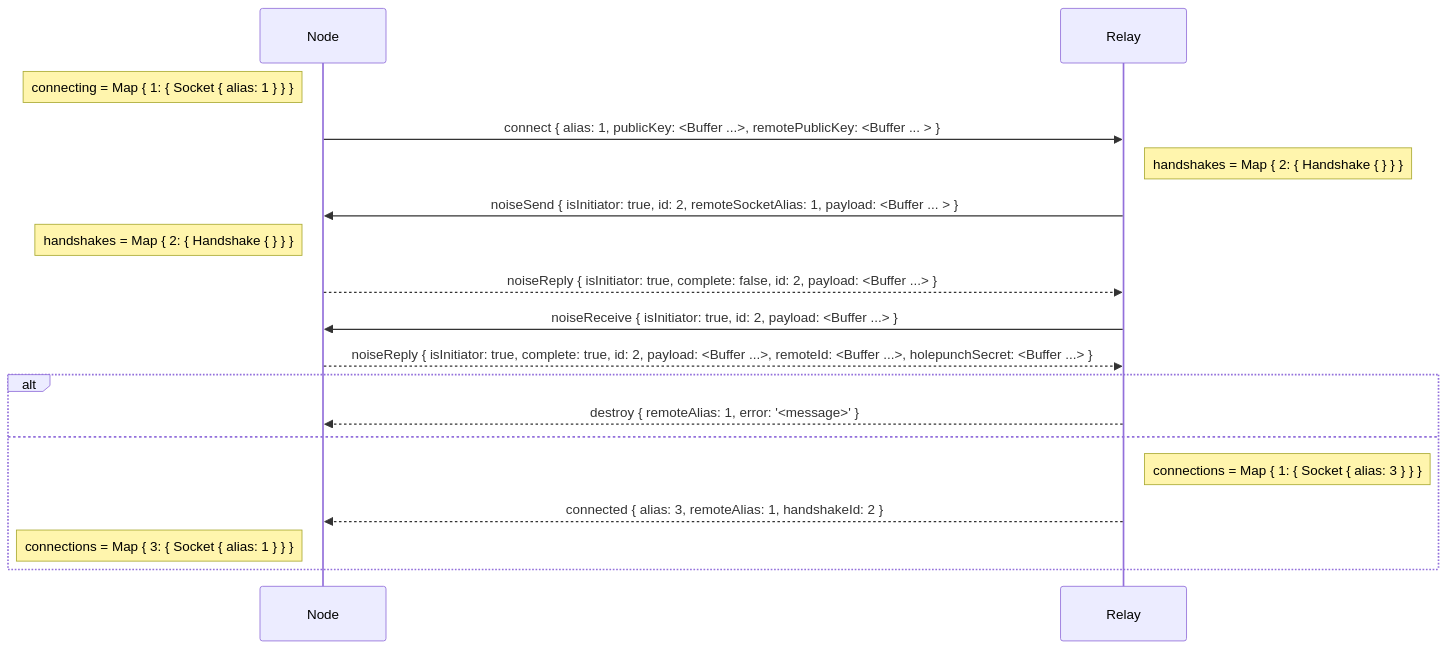
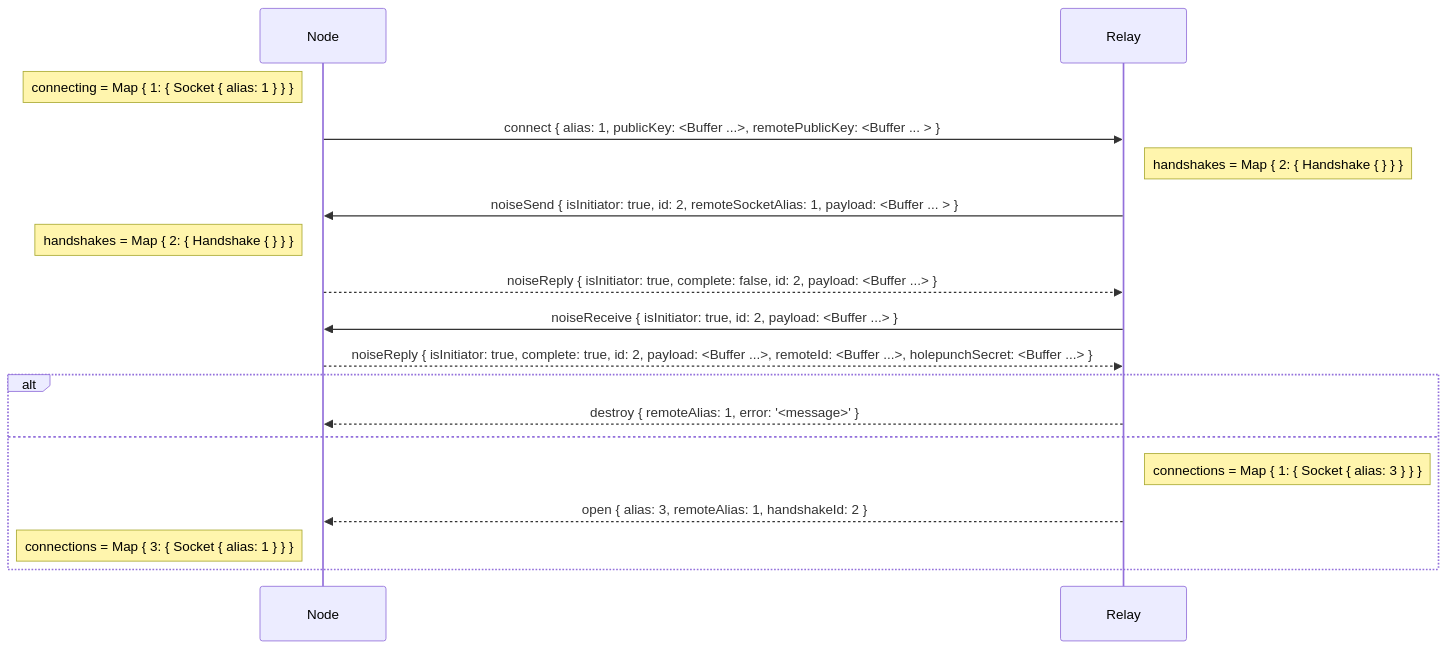
The diagram in media/diagrams/connect-handshake.mmd (holepunchto/hyperswarm-dht-relay), drawn with Mermaid before and after one commit. The commit also changed 8 other files, not shown here.

```diff
--- a/media/diagrams/connect-handshake.mmd
+++ b/media/diagrams/connect-handshake.mmd
@@ -1,29 +1,29 @@
 sequenceDiagram
   participant N as Node
   participant R as Relay
 
   note left of N: connecting = Map { 1: { Socket { alias: 1 } } }
 
   N->>R: connect { alias: 1, publicKey: <Buffer ...>, remotePublicKey: <Buffer ... > }
 
   note right of R: handshakes = Map { 2: { Handshake { } } }
 
   R->>N: noiseSend { isInitiator: true, id: 2, remoteSocketAlias: 1, payload: <Buffer ... > }
 
   note left of N: handshakes = Map { 2: { Handshake { } } }
 
   N-->>R: noiseReply { isInitiator: true, complete: false, id: 2, payload: <Buffer ...> }
 
   R->>N: noiseReceive { isInitiator: true, id: 2, payload: <Buffer ...> }
 
   N-->>R: noiseReply { isInitiator: true, complete: true, id: 2, payload: <Buffer ...>, remoteId: <Buffer ...>, holepunchSecret: <Buffer ...>  }
 
   alt
     R-->>N: destroy { remoteAlias: 1, error: '<message>' }
   else
     note right of R: connections = Map { 1: { Socket { alias: 3 } } }
 
-    R-->>N: connected { alias: 3, remoteAlias: 1, handshakeId: 2 }
+    R-->>N: open { alias: 3, remoteAlias: 1, handshakeId: 2 }
 
     note left of N: connections = Map { 3: { Socket { alias: 1 } } }
   end
```
